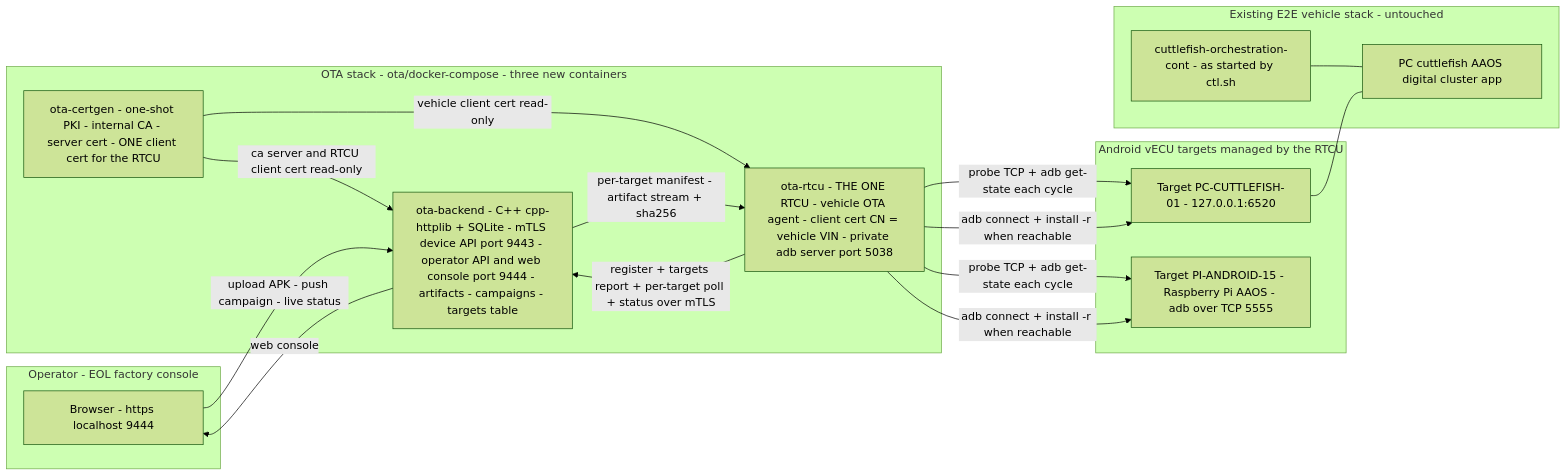
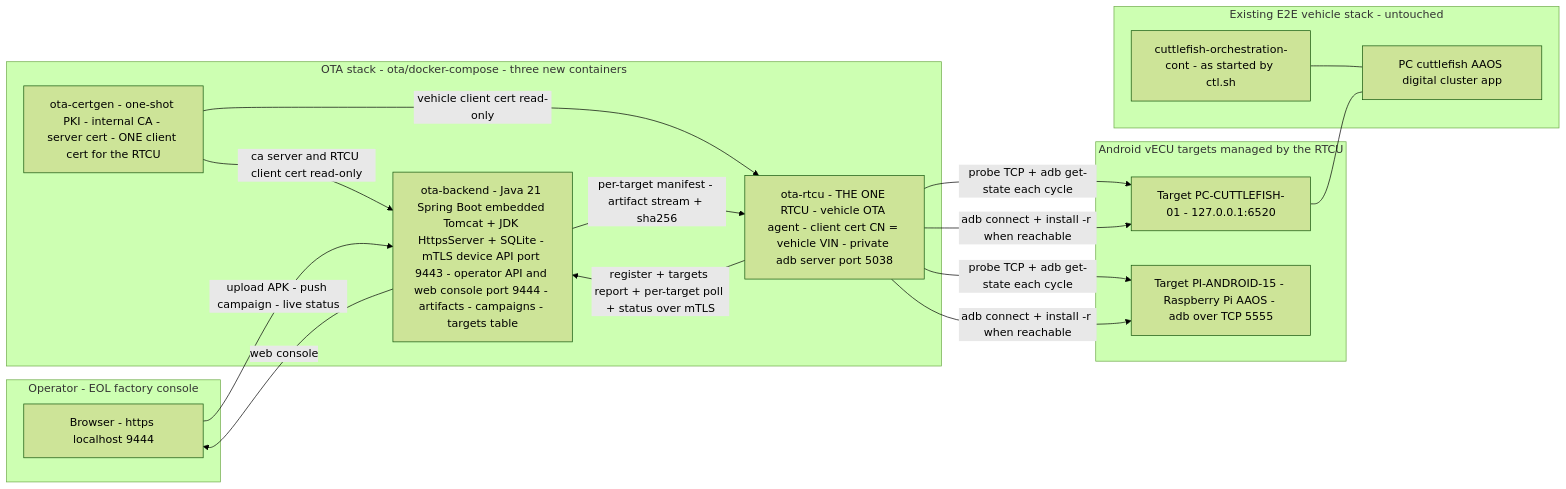
The ninth of 10 diagrams in demo/X-Verse/aaos_digital_cluster/OTA_RTCU_PROPOSAL.md (Eclipse-SDV-Hackathon-Chapter-Four/Thinking_CAPs), drawn with Mermaid (forest theme) before and after one commit. The commit also changed 6 other files, not shown here.

````diff
--- a/demo/X-Verse/aaos_digital_cluster/OTA_RTCU_PROPOSAL.md
+++ b/demo/X-Verse/aaos_digital_cluster/OTA_RTCU_PROPOSAL.md
@@ -604,31 +604,31 @@
 ```mermaid
 flowchart LR
     subgraph Operator [Operator - EOL factory console]
         BR[Browser - https localhost 9444]
     end
     subgraph OTAStack [OTA stack - ota/docker-compose - three new containers]
         CG[ota-certgen - one-shot PKI - internal CA - server cert - ONE client cert for the RTCU]
-        BE[ota-backend - C++ cpp-httplib + SQLite - mTLS device API port 9443 - operator API and web console port 9444 - artifacts - campaigns - targets table]
+        BE[ota-backend - Java 21 Spring Boot embedded Tomcat + JDK HttpsServer + SQLite - mTLS device API port 9443 - operator API and web console port 9444 - artifacts - campaigns - targets table]
         RT[ota-rtcu - THE ONE RTCU - vehicle OTA agent - client cert CN = vehicle VIN - private adb server port 5038]
     end
     subgraph targets [Android vECU targets managed by the RTCU]
         T1[Target PC-CUTTLEFISH-01 - 127.0.0.1:6520]
         T2[Target PI-ANDROID-15 - Raspberry Pi AAOS - adb over TCP 5555]
     end
     subgraph Vehicle [Existing E2E vehicle stack - untouched]
         CVD[cuttlefish-orchestration-cont - as started by ctl.sh]
         AAOS[PC cuttlefish AAOS digital cluster app]
     end
     CG -->|ca server and RTCU client cert read-only| BE
     CG -->|vehicle client cert read-only| RT
     BR -->|upload APK - push campaign - live status| BE
     BE -->|web console| BR
     RT -->|register + targets report + per-target poll + status over mTLS| BE
     BE -->|per-target manifest - artifact stream + sha256| RT
     RT -->|probe TCP + adb get-state each cycle| T1
     RT -->|probe TCP + adb get-state each cycle| T2
     RT -->|adb connect + install -r when reachable| T1
     RT -->|adb connect + install -r when reachable| T2
     CVD --- AAOS
     T1 --- AAOS
 ```
````
